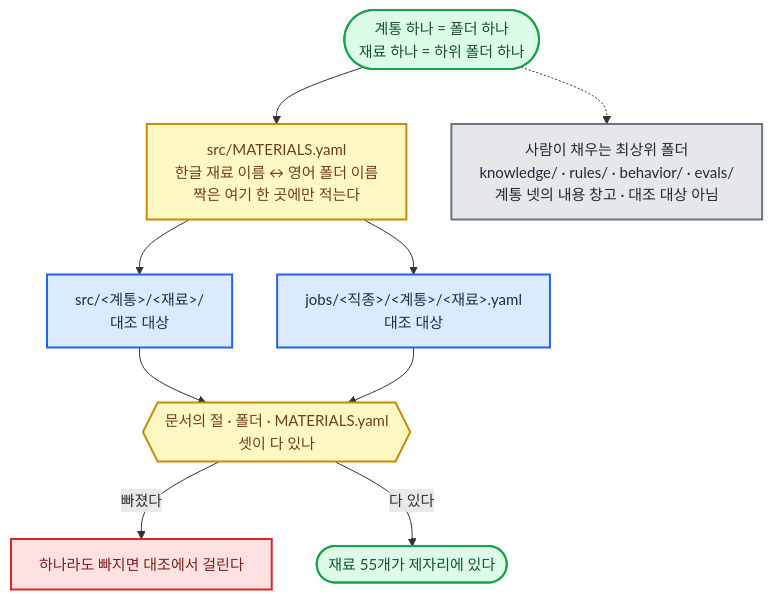
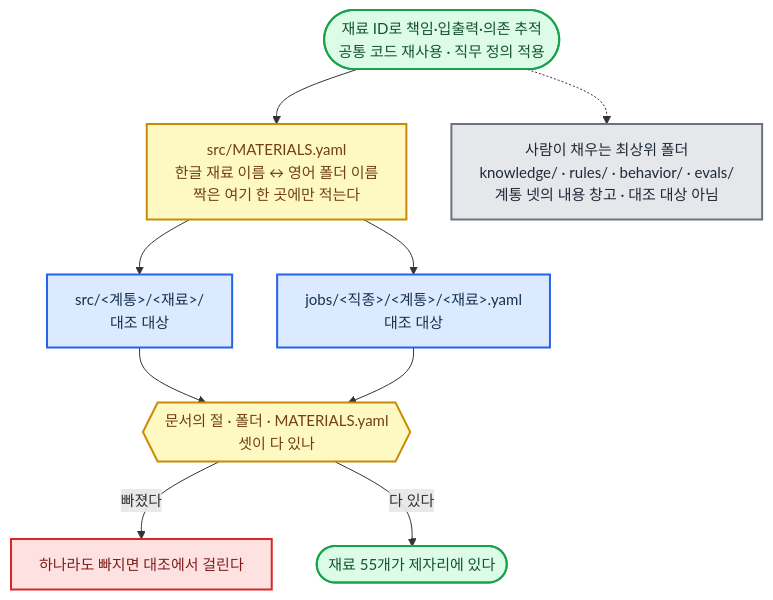
Diagram 38 of 43 in 전문가 에이전트 정의 2.md (harisbaguette/expert), drawn with Mermaid before and after one commit. The commit also changed other lines of this file and 9 other files, not shown here.

````diff
--- a/전문가 에이전트 정의 2.md
+++ b/전문가 에이전트 정의 2.md
@@ -3844,26 +3096,26 @@
 ```mermaid
 %%{init: {"flowchart": {"wrappingWidth": 640, "curve": "basis", "nodeSpacing": 45, "rankSpacing": 55, "padding": 14, "useMaxWidth": true}, "themeVariables": {"fontSize": "15px"}} }%%
 flowchart TB
-    ROOT(["계통 하나 = 폴더 하나<br/>재료 하나 = 하위 폴더 하나"]):::good
+    ROOT(["재료 ID로 책임·입출력·의존 추적<br/>공통 코드 재사용 · 직무 정의 적용"]):::good
     M["src/MATERIALS.yaml<br/>한글 재료 이름 ↔ 영어 폴더 이름<br/>짝은 여기 한 곳에만 적는다"]:::note
     T1["src/&lt;계통&gt;/&lt;재료&gt;/<br/>대조 대상"]:::main
     T2["jobs/&lt;직종&gt;/&lt;계통&gt;/&lt;재료&gt;.yaml<br/>대조 대상"]:::main
     NC["사람이 채우는 최상위 폴더<br/>knowledge/ · rules/ · behavior/ · evals/<br/>계통 넷의 내용 창고 · 대조 대상 아님"]:::store
     CHK{{"문서의 절 · 폴더 · MATERIALS.yaml<br/>셋이 다 있나"}}:::note
     BAD["하나라도 빠지면 대조에서 걸린다"]:::stop
     OK(["재료 55개가 제자리에 있다"]):::good
     ROOT --> M
     M --> T1
     M --> T2
     ROOT -.-> NC
     T1 --> CHK
     T2 --> CHK
     CHK -- "빠졌다" --> BAD
     CHK -- "다 있다" --> OK
     classDef main fill:#dbeafe,stroke:#2563eb,stroke-width:2px,color:#17314f
     classDef stop fill:#fee2e2,stroke:#dc2626,stroke-width:2px,color:#7f1d1d
     classDef back fill:#ffedd5,stroke:#ea580c,stroke-width:2px,color:#7c2d12
     classDef store fill:#e5e7eb,stroke:#6b7280,stroke-width:2px,color:#1f2937
     classDef good fill:#dcfce7,stroke:#16a34a,stroke-width:2px,color:#14532d
     classDef note fill:#fef9c3,stroke:#ca8a04,stroke-width:2px,color:#713f12
 ```
````
